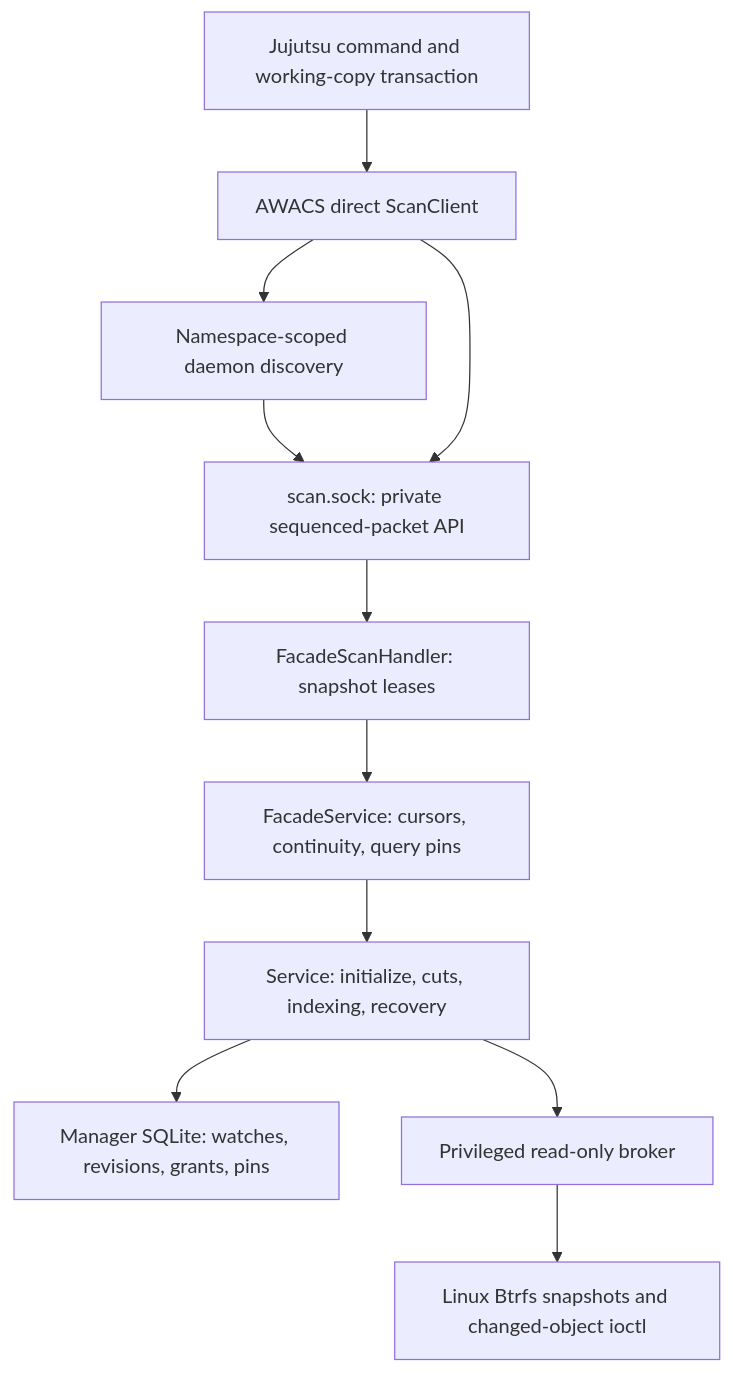
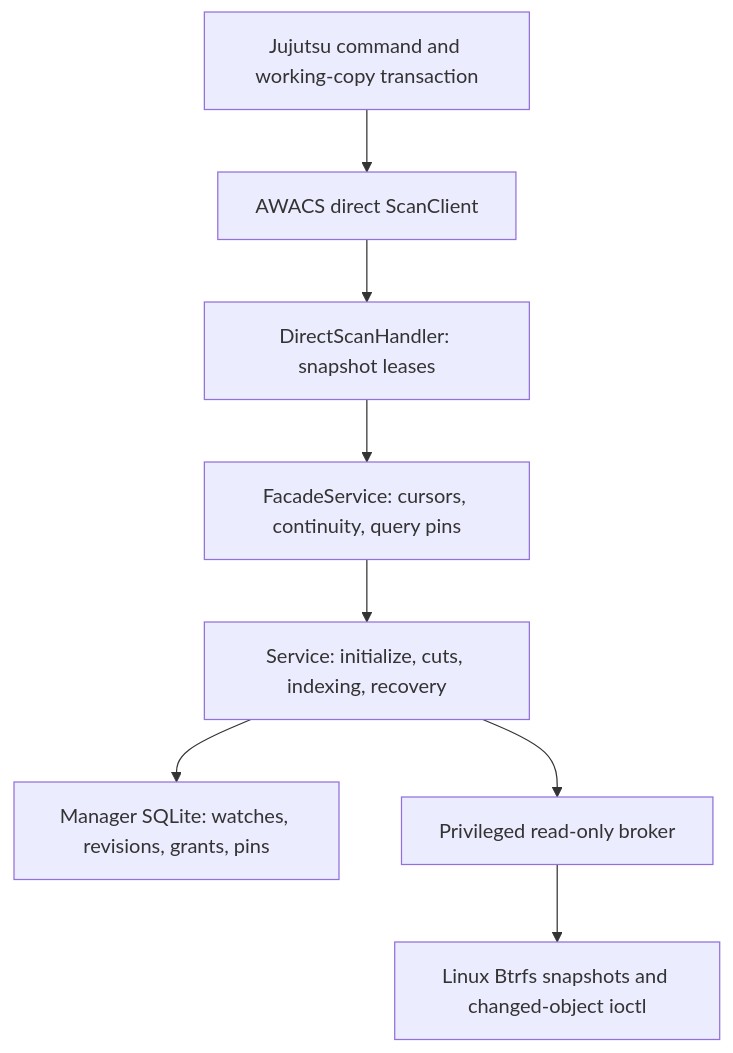
Before and after one commit to adamh-oai/jj: the diagram in btrfs-awacs/SPEC.md, drawn with Mermaid. The commit also changed other lines of this file and 28 other files, not shown here.

````diff
--- a/btrfs-awacs/SPEC.md
+++ b/btrfs-awacs/SPEC.md
@@ -213,24 +216,19 @@
 ```mermaid
 flowchart TD
     JJ["Jujutsu command and working-copy transaction"]
     CLIENT["AWACS direct ScanClient"]
-    DISCOVERY["Namespace-scoped daemon discovery"]
-    SOCKET["scan.sock: private sequenced-packet API"]
-    SESSION["FacadeScanHandler: snapshot leases"]
+    SESSION["DirectScanHandler: snapshot leases"]
     FACADE["FacadeService: cursors, continuity, query pins"]
     SERVICE["Service: initialize, cuts, indexing, recovery"]
     STORE["Manager SQLite: watches, revisions, grants, pins"]
     BROKER["Privileged read-only broker"]
     KERNEL["Linux Btrfs snapshots and changed-object ioctl"]
 
     JJ --> CLIENT
-    CLIENT --> DISCOVERY
-    DISCOVERY --> SOCKET
-    CLIENT --> SOCKET
-    SOCKET --> SESSION
+    CLIENT --> SESSION
     SESSION --> FACADE
     FACADE --> SERVICE
     SERVICE --> STORE
     SERVICE --> BROKER
     BROKER --> KERNEL
 ```
````
